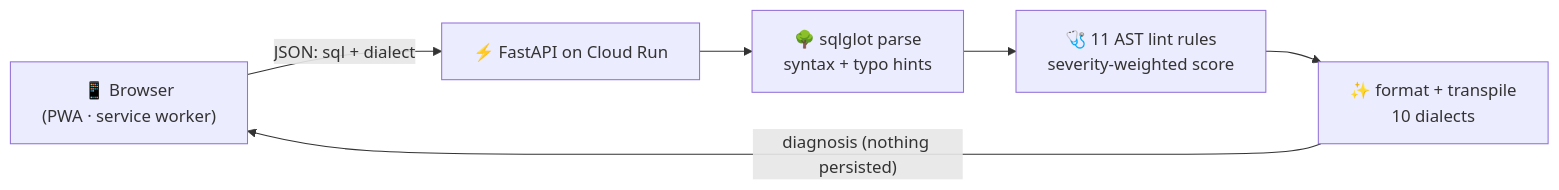
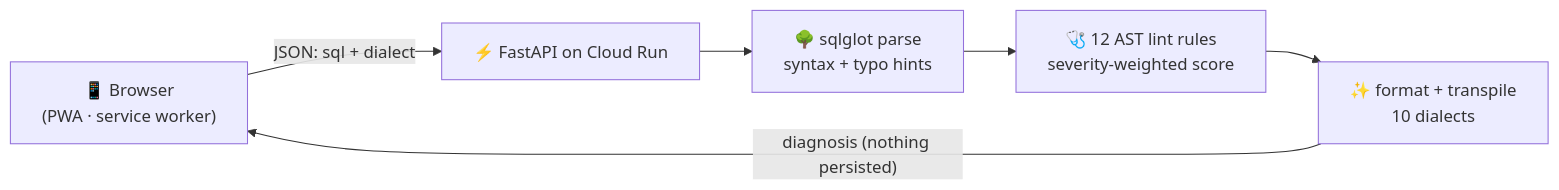
The diagram in README.md (ARAVINDHRAJA123/querydoctor), drawn with Mermaid before and after one commit. The commit also changed other lines of this file, not shown here.

````diff
--- a/README.md
+++ b/README.md
@@ -101,8 +101,8 @@
 ```mermaid
 flowchart LR
     A["📱 Browser<br/>(PWA · service worker)"] -- "JSON: sql + dialect" --> B["⚡ FastAPI on Cloud Run"]
     B --> C["🌳 sqlglot parse<br/>syntax + typo hints"]
-    C --> D["🩺 11 AST lint rules<br/>severity-weighted score"]
+    C --> D["🩺 12 AST lint rules<br/>severity-weighted score"]
     D --> E["✨ format + transpile<br/>10 dialects"]
     E -- "diagnosis (nothing persisted)" --> A
 ```
````
